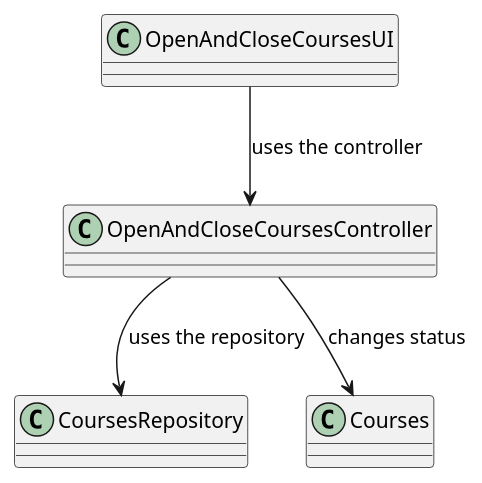
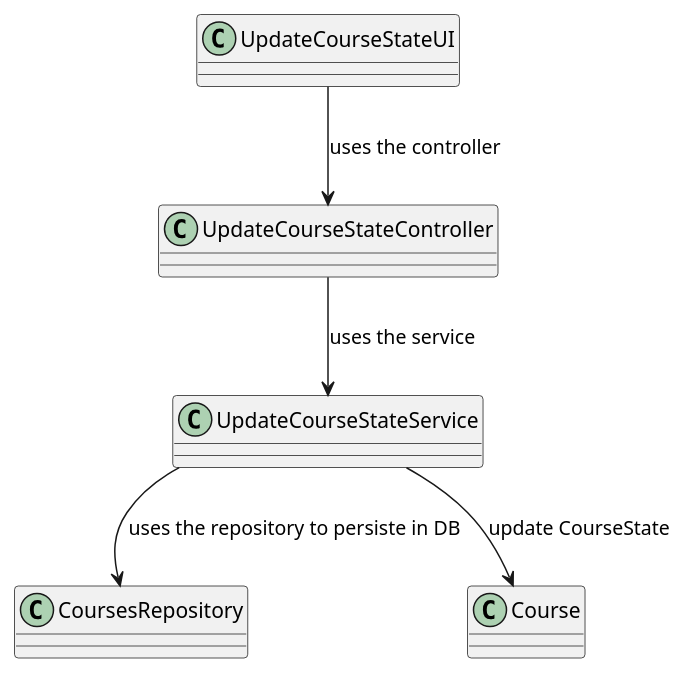
One commit to mascenso/isep-sem4-lapr4 changed the diagram in docs/SPRINT B/US1004/Class_Diagram.puml. Above: the diagram before and after it, drawn with PlantUML. The commit also changed 15 other files, not shown here.

```diff
--- a/docs/SPRINT B/US1004/Class_Diagram.puml
+++ b/docs/SPRINT B/US1004/Class_Diagram.puml
@@ -1,25 +1,29 @@
 @startuml
 'https://plantuml.com/class-diagram
 
-class OpenAndCloseCoursesUI  {
+class UpdateCourseStateUI  {
 
 }
 
-class OpenAndCloseCoursesController {
+class UpdateCourseStateController {
 
+}
+
+class UpdateCourseStateService {
 }
 
 class CoursesRepository {
 
 }
 
-class Courses {
+class Course {
 
 }
 
-OpenAndCloseCoursesUI -down-> OpenAndCloseCoursesController: uses the controller
-OpenAndCloseCoursesController --> CoursesRepository: uses the repository
-OpenAndCloseCoursesController --> Courses: changes status
+UpdateCourseStateUI -down-> UpdateCourseStateController: uses the controller
+UpdateCourseStateController --> UpdateCourseStateService: uses the service
+UpdateCourseStateService --> CoursesRepository: uses the repository to persiste in DB
+UpdateCourseStateService --> Course: update CourseState
 
 
 @enduml
```
